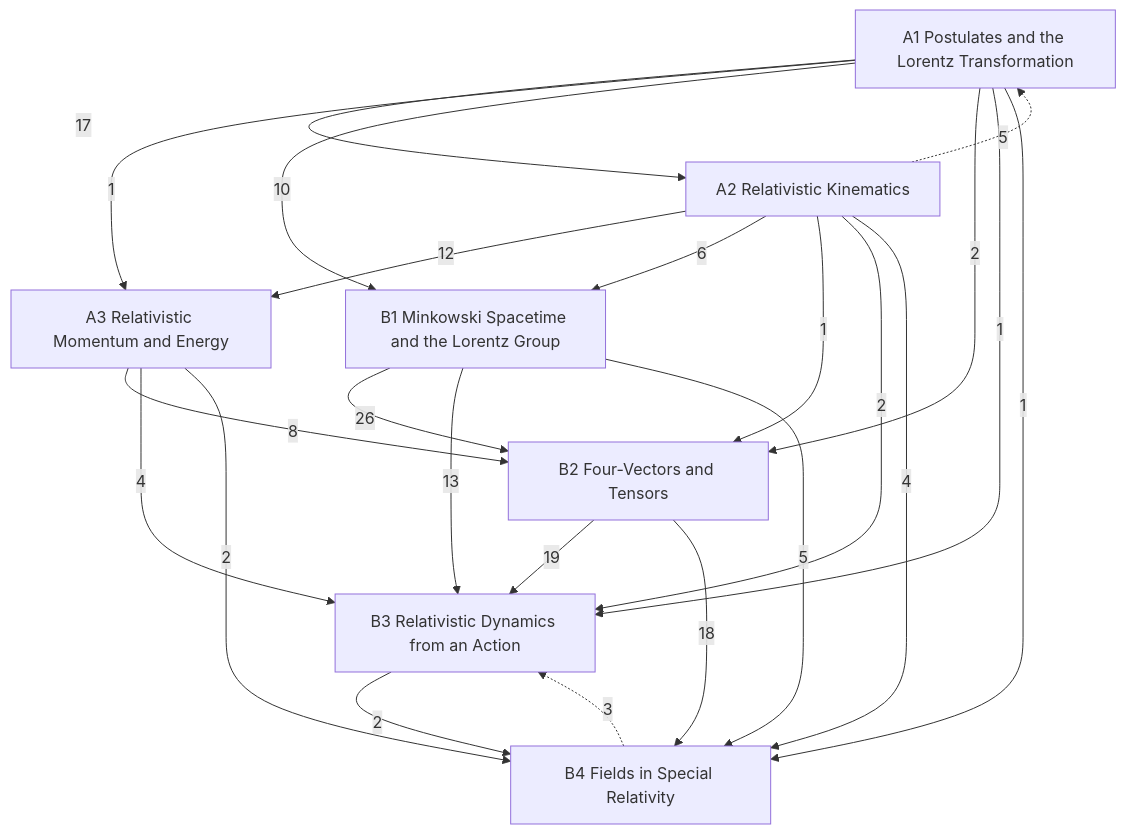
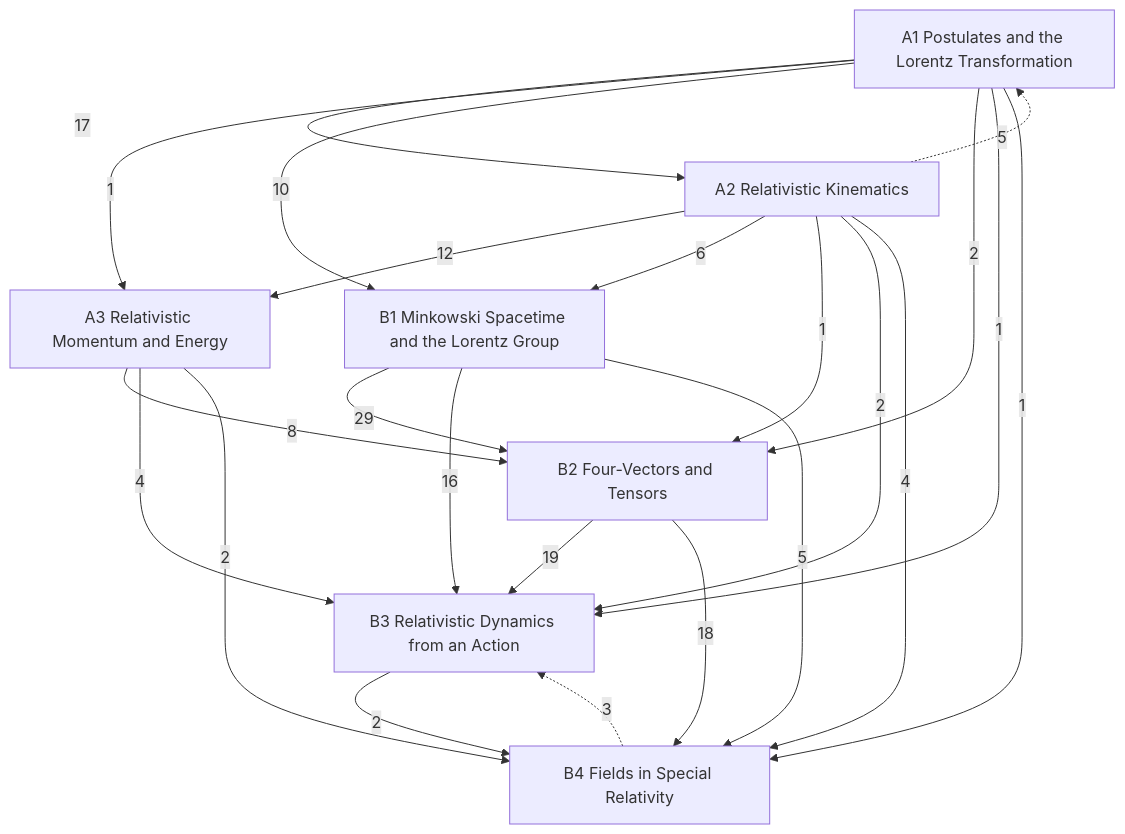
One commit to Onion20040508/notes changed the diagram in Physics/Relativity/Relativity.md. Above: the diagram before and after it, drawn with Mermaid. The commit also changed 118 other files, not shown here.

````diff
--- a/Physics/Relativity/Relativity.md
+++ b/Physics/Relativity/Relativity.md
@@ -28,32 +28,32 @@
 ```mermaid
 graph TD
   A1["A1 Postulates and the Lorentz Transformation"]
   A2["A2 Relativistic Kinematics"]
   A3["A3 Relativistic Momentum and Energy"]
   B1["B1 Minkowski Spacetime and the Lorentz Group"]
   B2["B2 Four-Vectors and Tensors"]
   B3["B3 Relativistic Dynamics from an Action"]
   B4["B4 Fields in Special Relativity"]
   A1 -->|17| A2
   A1 -->|1| A3
   A2 -->|12| A3
   A1 -->|10| B1
   A2 -->|6| B1
   A1 -->|2| B2
   A2 -->|1| B2
   A3 -->|8| B2
-  B1 -->|26| B2
+  B1 -->|29| B2
   A1 -->|1| B3
   A2 -->|2| B3
   A3 -->|4| B3
-  B1 -->|13| B3
+  B1 -->|16| B3
   B2 -->|19| B3
   A1 -->|1| B4
   A2 -->|4| B4
   A3 -->|2| B4
   B1 -->|5| B4
   B2 -->|18| B4
   B3 -->|2| B4
   A2 -.->|5| A1
   B4 -.->|3| B3
 ```
````
